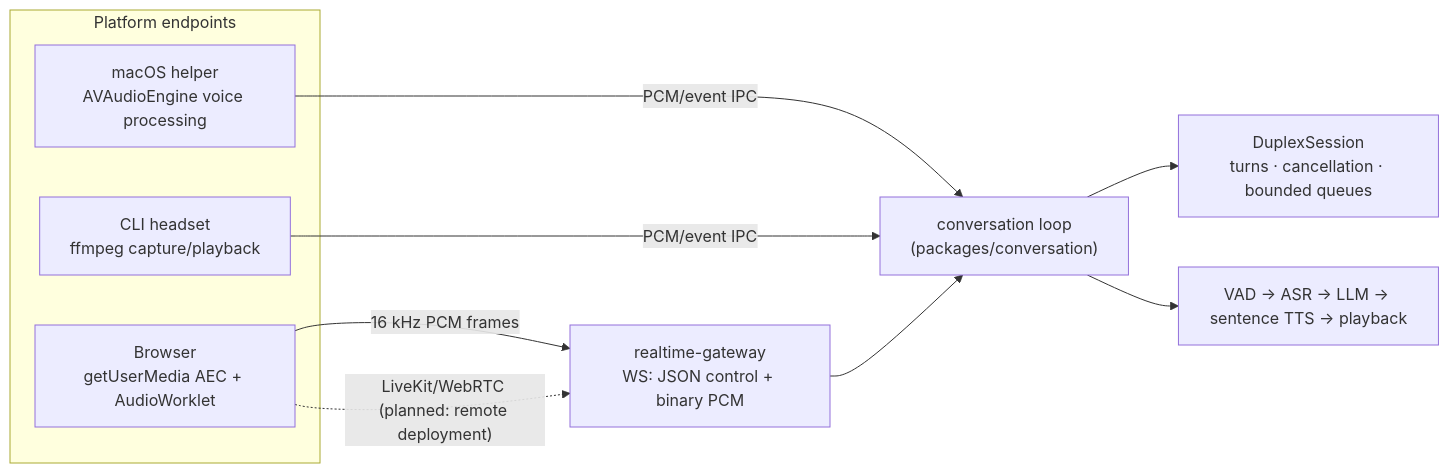
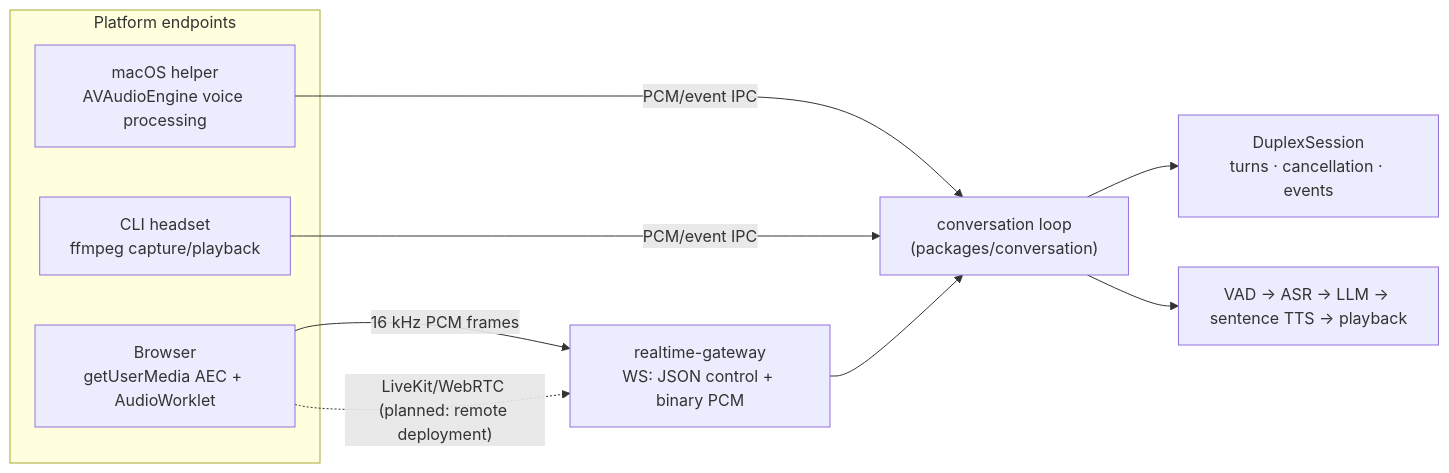
The first of 2 diagrams in docs/duplex-audio-architecture.md (liuzl/voxstudio), drawn with Mermaid before and after one commit. The commit also changed other lines of this file and 9 other files, not shown here.

````diff
--- a/docs/duplex-audio-architecture.md
+++ b/docs/duplex-audio-architecture.md
@@ -54,18 +54,18 @@
 ```mermaid
 flowchart LR
   subgraph endpoints["Platform endpoints"]
     MAC["macOS helper<br/>AVAudioEngine voice processing"]
     HEADSET["CLI headset<br/>ffmpeg capture/playback"]
     BROWSER["Browser<br/>getUserMedia AEC + AudioWorklet"]
   end
   GW["realtime-gateway<br/>WS: JSON control + binary PCM"]
   CONV["conversation loop<br/>(packages/conversation)"]
-  DS["DuplexSession<br/>turns · cancellation · bounded queues"]
+  DS["DuplexSession<br/>turns · cancellation · events"]
   PIPE["VAD → ASR → LLM → sentence TTS → playback"]
   MAC -->|"PCM/event IPC"| CONV
   HEADSET -->|"PCM/event IPC"| CONV
   BROWSER -->|"16 kHz PCM frames"| GW --> CONV
   BROWSER -.->|"LiveKit/WebRTC (planned: remote deployment)"| GW
   CONV --> DS
   CONV --> PIPE
 ```
````
